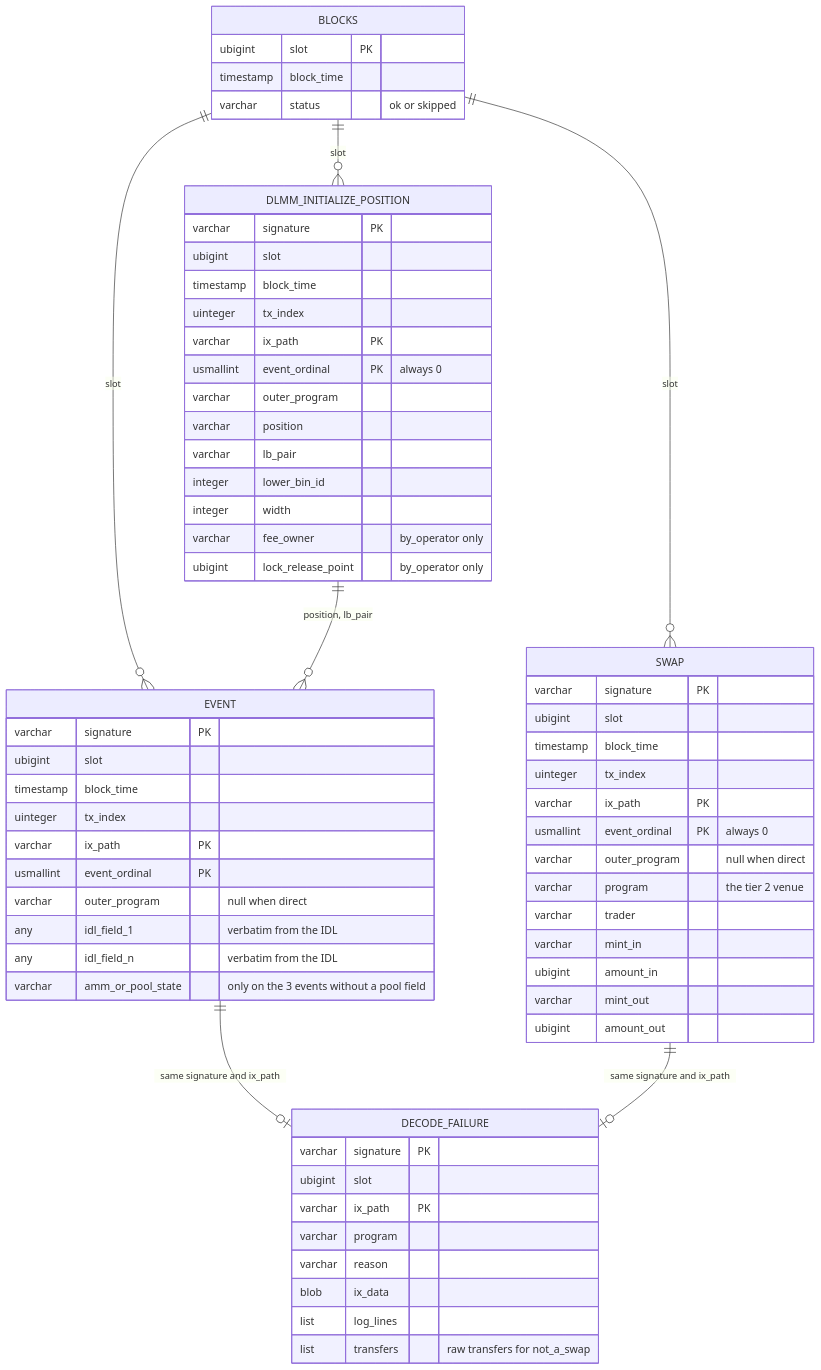
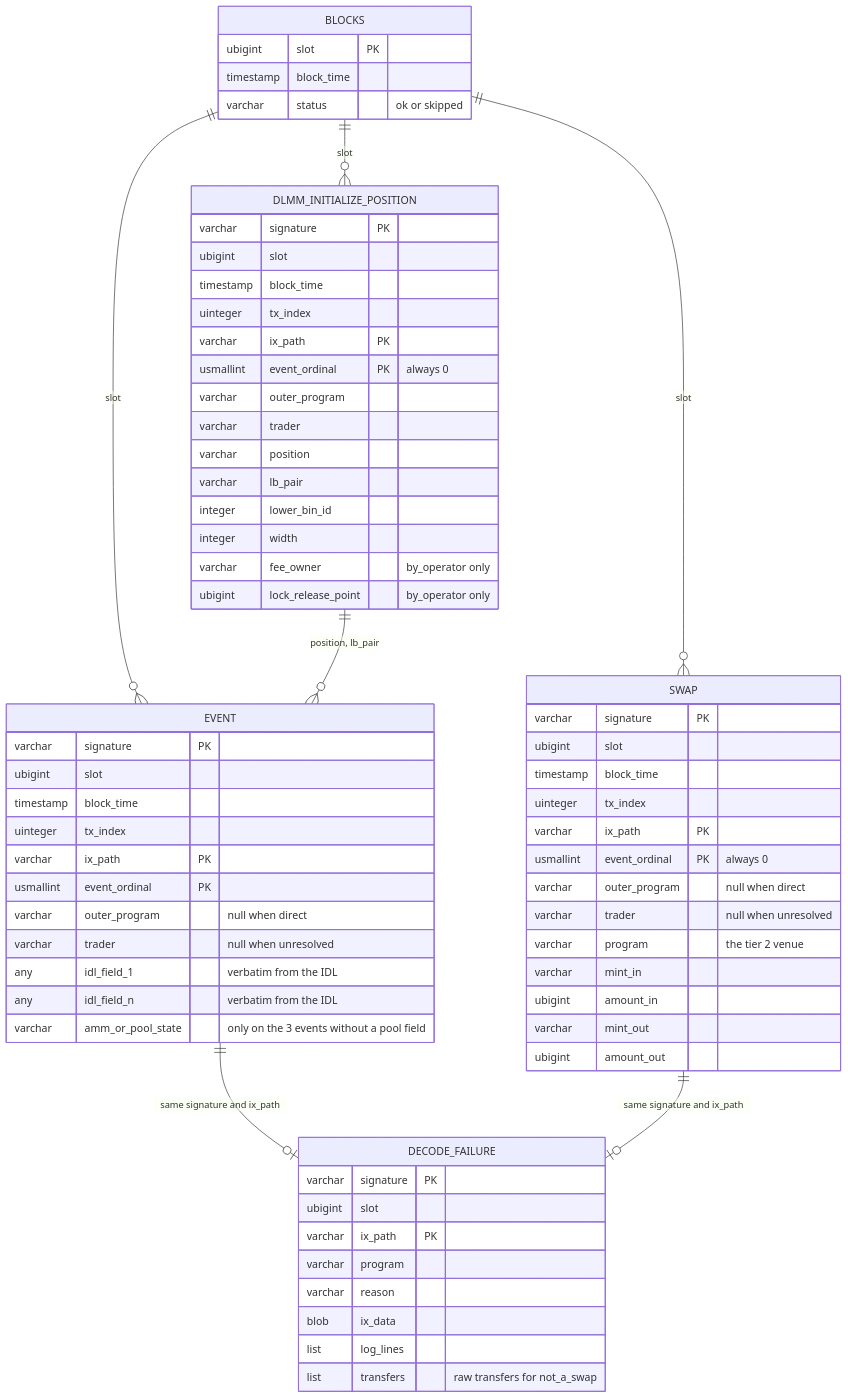
The second of 5 diagrams in docs/superpowers/specs/2026-10-15-fiber-data-collector-design.md (Noobmaster169/liquidity-data), drawn with Mermaid before and after one commit. The commit also changed other lines of this file, not shown here.

Commit message:
Spec: trader column on every row, verified trader rule, corrected HumidiFi example

````diff
--- a/docs/superpowers/specs/2026-10-15-fiber-data-collector-design.md
+++ b/docs/superpowers/specs/2026-10-15-fiber-data-collector-design.md
@@ -288,67 +315,69 @@
 ```mermaid
 erDiagram
     BLOCKS ||--o{ EVENT : slot
     BLOCKS ||--o{ SWAP : slot
     BLOCKS ||--o{ DLMM_INITIALIZE_POSITION : slot
     EVENT ||--o| DECODE_FAILURE : "same signature and ix_path"
     SWAP ||--o| DECODE_FAILURE : "same signature and ix_path"
     DLMM_INITIALIZE_POSITION ||--o{ EVENT : "position, lb_pair"
 
     EVENT {
         varchar signature PK
         ubigint slot
         timestamp block_time
         uinteger tx_index
         varchar ix_path PK
         usmallint event_ordinal PK
         varchar outer_program "null when direct"
+        varchar trader "null when unresolved"
         any idl_field_1 "verbatim from the IDL"
         any idl_field_n "verbatim from the IDL"
         varchar amm_or_pool_state "only on the 3 events without a pool field"
     }
     SWAP {
         varchar signature PK
         ubigint slot
         timestamp block_time
         uinteger tx_index
         varchar ix_path PK
         usmallint event_ordinal PK "always 0"
         varchar outer_program "null when direct"
+        varchar trader "null when unresolved"
         varchar program "the tier 2 venue"
-        varchar trader
         varchar mint_in
         ubigint amount_in
         varchar mint_out
         ubigint amount_out
     }
     DLMM_INITIALIZE_POSITION {
         varchar signature PK
         ubigint slot
         timestamp block_time
         uinteger tx_index
         varchar ix_path PK
         usmallint event_ordinal PK "always 0"
         varchar outer_program
+        varchar trader
         varchar position
         varchar lb_pair
         integer lower_bin_id
         integer width
         varchar fee_owner "by_operator only"
         ubigint lock_release_point "by_operator only"
     }
     BLOCKS {
         ubigint slot PK
         timestamp block_time
         varchar status "ok or skipped"
     }
     DECODE_FAILURE {
         varchar signature PK
         ubigint slot
         varchar ix_path PK
         varchar program
         varchar reason
         blob ix_data
         list log_lines
         list transfers "raw transfers for not_a_swap"
     }
 ```
````
